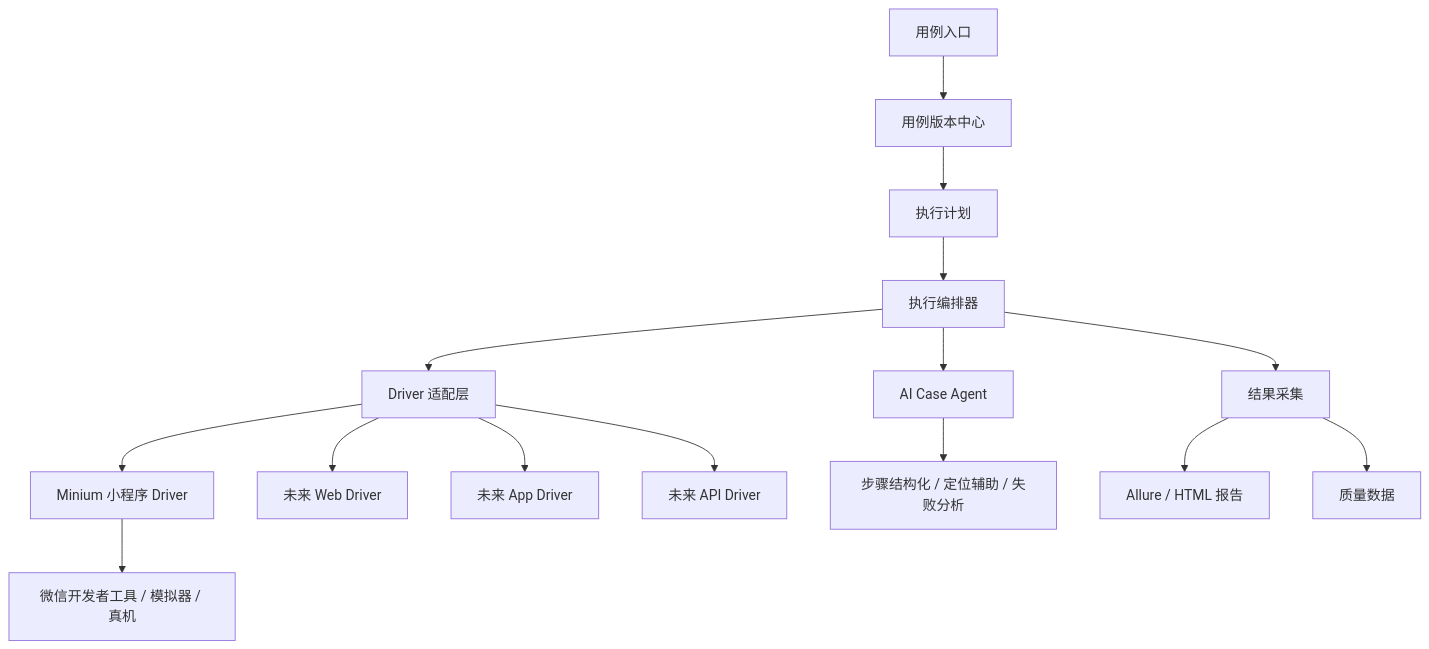
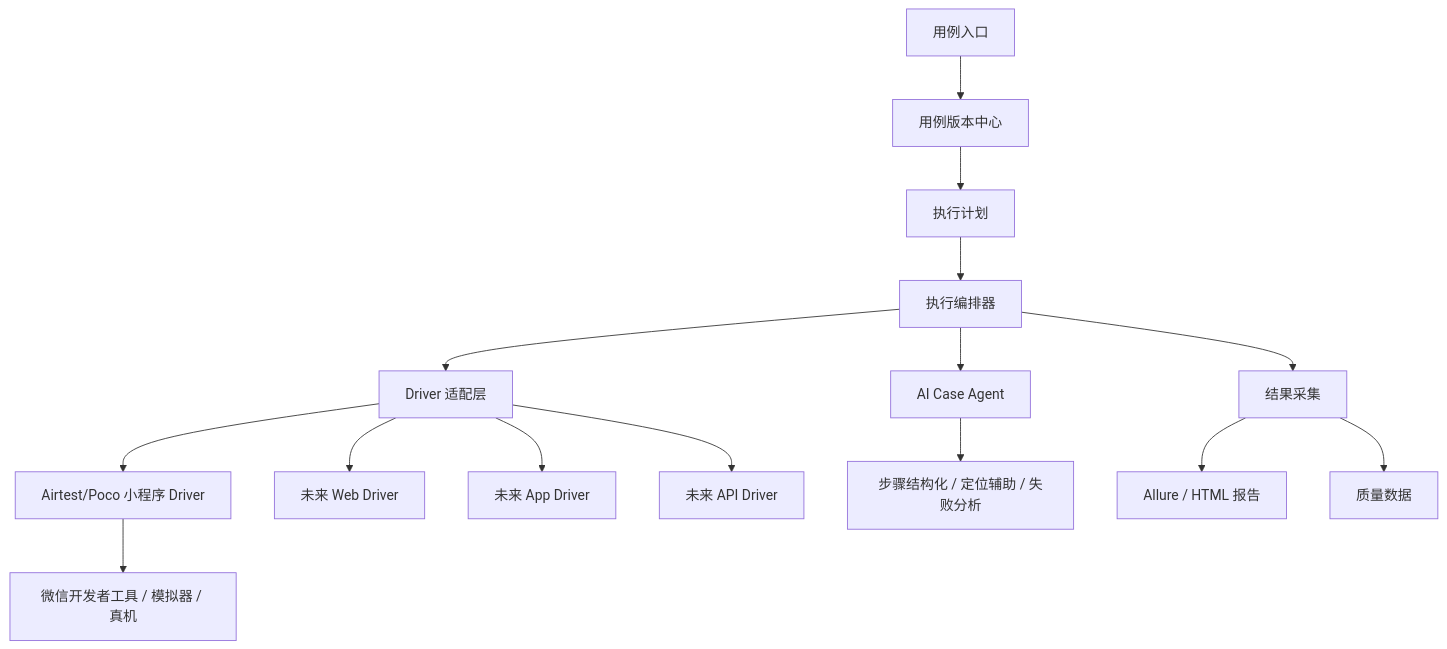
One commit to wangdi1210/wukong_codex changed the first of 2 diagrams in docs/superpowers/specs/2026-06-09-miniapp-ui-automation-platform-design.md. Above: the diagram before and after it, drawn with Mermaid. The commit also changed other lines of this file and 13 other files, not shown here.

````diff
--- a/docs/superpowers/specs/2026-06-09-miniapp-ui-automation-platform-design.md
+++ b/docs/superpowers/specs/2026-06-09-miniapp-ui-automation-platform-design.md
@@ -31,17 +31,17 @@
 ```mermaid
 flowchart TD
     A["用例入口"] --> B["用例版本中心"]
     B --> C["执行计划"]
     C --> D["执行编排器"]
     D --> E["AI Case Agent"]
     D --> F["Driver 适配层"]
-    F --> G["Minium 小程序 Driver"]
+    F --> G["Airtest/Poco 小程序 Driver"]
     F --> H["未来 Web Driver"]
     F --> I["未来 App Driver"]
     F --> J["未来 API Driver"]
     G --> K["微信开发者工具 / 模拟器 / 真机"]
     E --> L["步骤结构化 / 定位辅助 / 失败分析"]
     D --> M["结果采集"]
     M --> N["Allure / HTML 报告"]
     M --> O["质量数据"]
 ```
````
